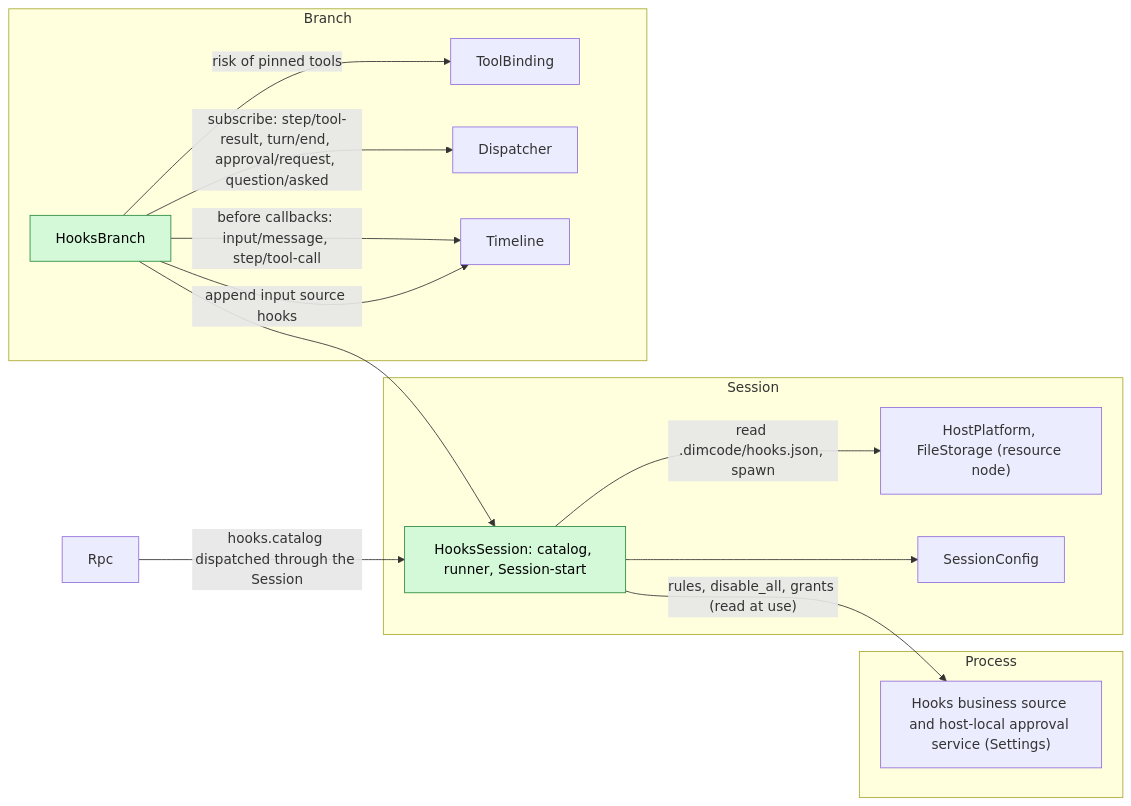
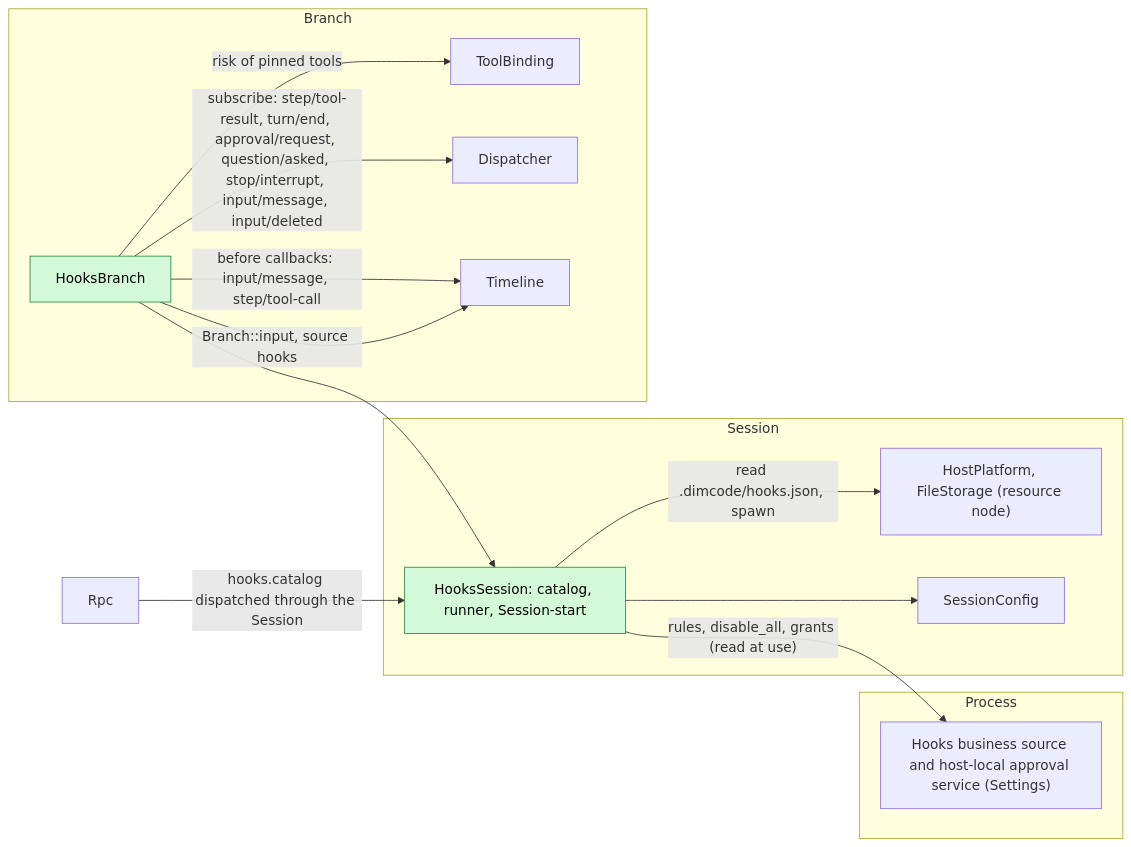
One commit to CoutinhoTTS/dim-agent changed the first of 7 diagrams in docs/design/plugins/Hooks.md. Above: the diagram before and after it, drawn with Mermaid. The commit also changed other lines of this file and 42 other files, not shown here.

````diff
--- a/docs/design/plugins/Hooks.md
+++ b/docs/design/plugins/Hooks.md
@@ -9,28 +9,28 @@
 ```mermaid
 flowchart LR
   subgraph PROC["Process"]
     Settings["Hooks business source and host-local approval service (Settings)"]
   end
   subgraph SESS["Session"]
     HS["HooksSession: catalog, runner, Session-start"]:::new
     HP["HostPlatform, FileStorage (resource node)"]
     CFG["SessionConfig"]
   end
   subgraph BR["Branch"]
     HB["HooksBranch"]:::new
     TB["ToolBinding"]
     DP["Dispatcher"]
     TL["Timeline"]
   end
   Rpc["Rpc"]
   HS -->|"rules, disable_all, grants (read at use)"| Settings
   HS -->|"read .dimcode/hooks.json, spawn"| HP
   HS --> CFG
   HB --> HS
   HB -->|"before callbacks: input/message, step/tool-call"| TL
   HB -->|"risk of pinned tools"| TB
-  HB -->|"subscribe: step/tool-result, turn/end, approval/request, question/asked"| DP
-  HB -->|"append input source hooks"| TL
+  HB -->|"subscribe: step/tool-result, turn/end, approval/request, question/asked, stop/interrupt, input/message, input/deleted"| DP
+  HB -->|"Branch::input, source hooks"| TL
   Rpc -->|"hooks.catalog dispatched through the Session"| HS
   classDef new fill:#d3f9d8,stroke:#2b8a3e,color:#000
 ```
````
